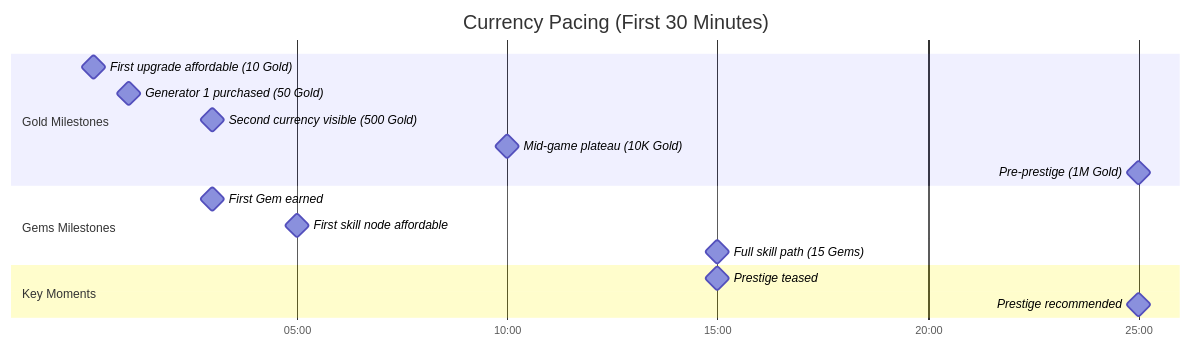
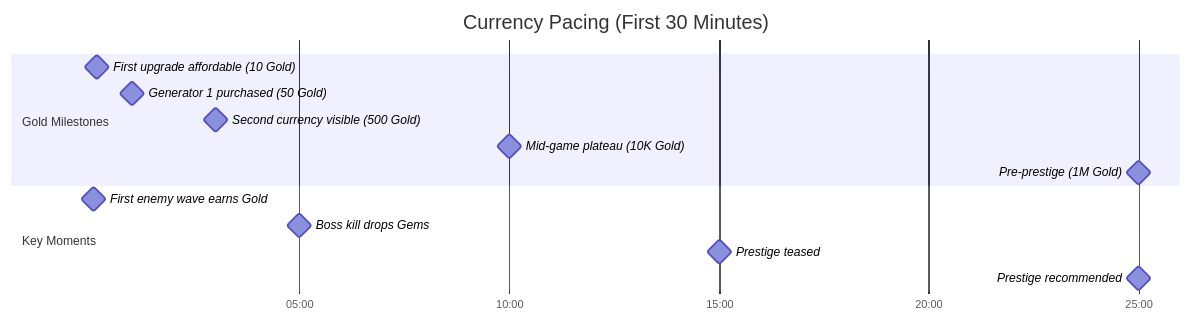
One commit to J-Gierend/gamePocGen changed the fourth of 5 diagrams in prompts/phase2-gdd/currencies.md. Above: the diagram before and after it, drawn with Mermaid. The commit also changed other lines of this file and 9 other files, not shown here.

````diff
--- a/prompts/phase2-gdd/currencies.md
+++ b/prompts/phase2-gdd/currencies.md
@@ -112,22 +122,19 @@
 ```mermaid
 gantt
     title Currency Pacing (First 30 Minutes)
     dateFormat mm:ss
     axisFormat %M:%S
 
     section Gold Milestones
     First upgrade affordable (10 Gold)     :milestone, 00:10, 0
     Generator 1 purchased (50 Gold)        :milestone, 01:00, 0
     Second currency visible (500 Gold)     :milestone, 03:00, 0
     Mid-game plateau (10K Gold)            :milestone, 10:00, 0
     Pre-prestige (1M Gold)                 :milestone, 25:00, 0
 
-    section Gems Milestones
-    First Gem earned                       :milestone, 03:00, 0
-    First skill node affordable            :milestone, 05:00, 0
-    Full skill path (15 Gems)              :milestone, 15:00, 0
-
     section Key Moments
+    First enemy wave earns Gold            :milestone, 00:05, 0
+    Boss kill drops Gems                   :milestone, 05:00, 0
     Prestige teased                        :milestone, 15:00, 0
     Prestige recommended                   :milestone, 25:00, 0
 ```
````
